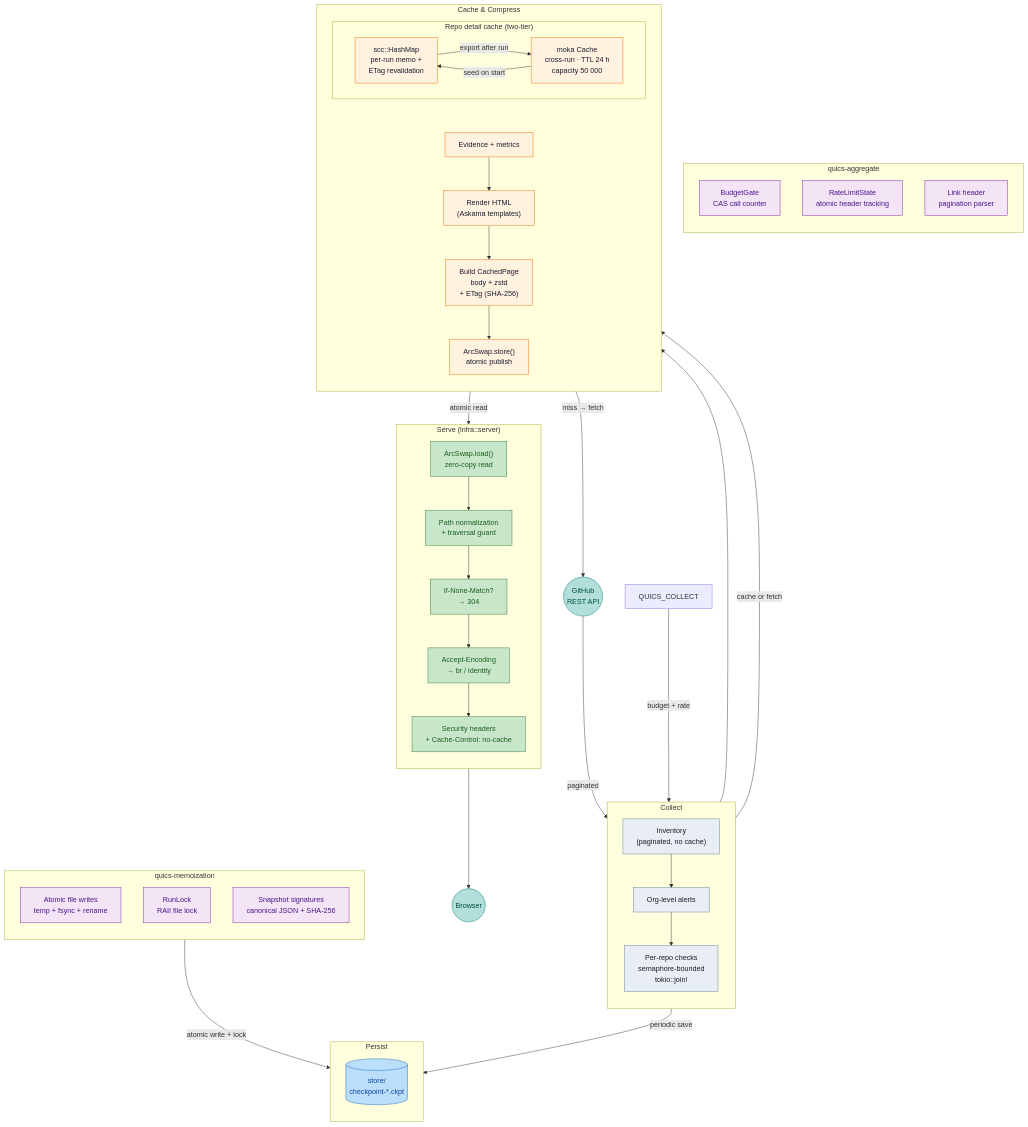
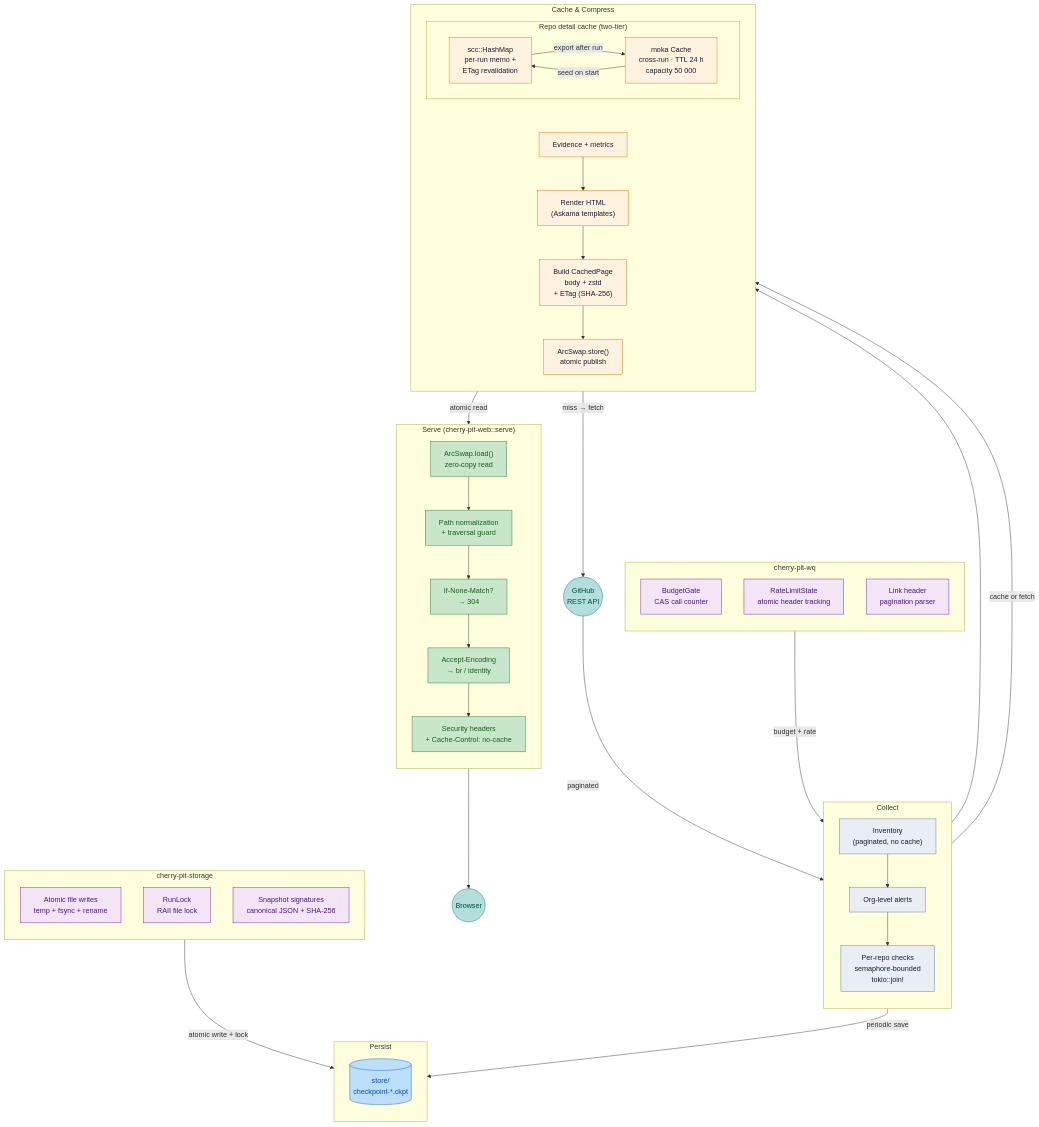
Before and after one commit to Mattilsynet/gh-report: the diagram in crates/gh-report/OPERATIONS.md, drawn with Mermaid. The commit also changed other lines of this file, not shown here.

```diff
--- a/crates/gh-report/OPERATIONS.md
+++ b/crates/gh-report/OPERATIONS.md
@@ -181,7 +184,7 @@
         inv --> alerts --> checks
     end
 
-    subgraph QUICS_AGGREGATE["quics-aggregate"]
+    subgraph CHERRY_PIT_WQ["cherry-pit-wq"]
         direction TB
         budget["BudgetGate<br/>CAS call counter"]
         ratelimit["RateLimitState<br/>atomic header tracking"]
@@ -209,14 +212,14 @@
         evidence --> render --> compress --> swap
     end
 
-    subgraph QUICS_MEMO["quics-memoization"]
+    subgraph CHERRY_PIT_STORAGE["cherry-pit-storage"]
         direction TB
         atomicfs["Atomic file writes<br/>temp + fsync + rename"]
         runlock["RunLock<br/>RAII file lock"]
         signature["Snapshot signatures<br/>canonical JSON + SHA-256"]
     end
 
-    subgraph SERVE["Serve (infra::server)"]
+    subgraph SERVE["Serve (cherry-pit-web::serve)"]
         direction TB
         read["ArcSwap.load()<br/>zero-copy read"]
         path["Path normalization<br/>+ traversal guard"]
@@ -234,11 +237,11 @@
     user(("Browser"))
 
     api -- "paginated" --> inv
-    QUICS_COLLECT -- "budget + rate" --> COLLECT
+    CHERRY_PIT_WQ -- "budget + rate" --> COLLECT
     checks -- "cache or fetch" --> scc_cache
     scc_cache -- "miss → fetch" --> api
     checks -- "periodic save" --> checkpoint
-    QUICS_MEMO -- "atomic write + lock" --> PERSIST
+    CHERRY_PIT_STORAGE -- "atomic write + lock" --> PERSIST
     swap -- "atomic read" --> read
     headers --> user
 
```
